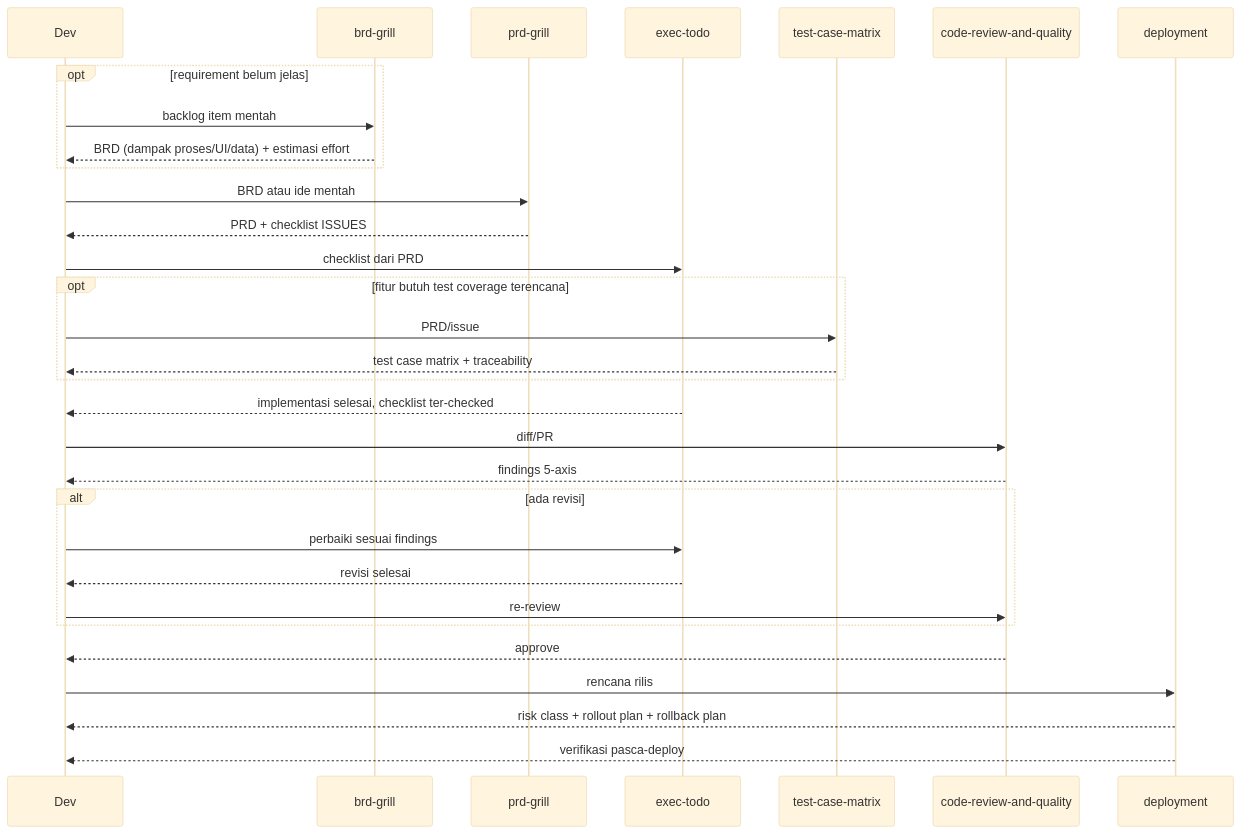
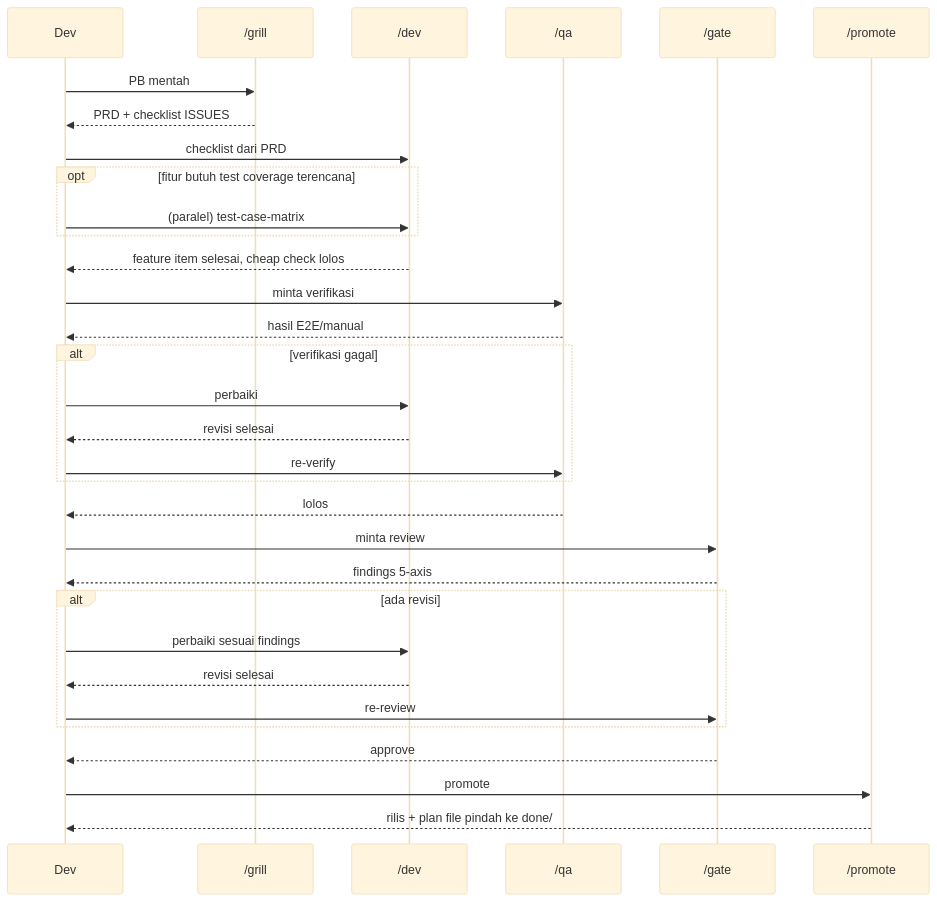
The second of 2 diagrams in guides/new-feature-flow.md (knittotextile/knitto-agent-skills), drawn with Mermaid (base theme) before and after one commit. The commit also changed other lines of this file and 29 other files, not shown here.

First line of the commit message:
Add DEFINE->SHIP pipeline commands (/grill /dev /qa /gate /promote)

````diff
--- a/guides/new-feature-flow.md
+++ b/guides/new-feature-flow.md
@@ -48,34 +69,35 @@
 ```mermaid
 sequenceDiagram
     participant Dev
-    participant BRD as brd-grill
-    participant PRD as prd-grill
-    participant Exec as exec-todo
-    participant TCM as test-case-matrix
-    participant Rev as code-review-and-quality
-    participant Dep as deployment
+    participant Grill as /grill
+    participant Build as /dev
+    participant QA as /qa
+    participant Gate as /gate
+    participant Ship as /promote
 
-    opt requirement belum jelas
-        Dev->>BRD: backlog item mentah
-        BRD-->>Dev: BRD (dampak proses/UI/data) + estimasi effort
+    Dev->>Grill: PB mentah
+    Grill-->>Dev: PRD + checklist ISSUES
+    Dev->>Build: checklist dari PRD
+    opt fitur butuh test coverage terencana
+        Dev->>Build: (paralel) test-case-matrix
     end
-    Dev->>PRD: BRD atau ide mentah
-    PRD-->>Dev: PRD + checklist ISSUES
-    Dev->>Exec: checklist dari PRD
-    opt fitur butuh test coverage terencana
-        Dev->>TCM: PRD/issue
-        TCM-->>Dev: test case matrix + traceability
+    Build-->>Dev: feature item selesai, cheap check lolos
+    Dev->>QA: minta verifikasi
+    QA-->>Dev: hasil E2E/manual
+    alt verifikasi gagal
+        Dev->>Build: perbaiki
+        Build-->>Dev: revisi selesai
+        Dev->>QA: re-verify
     end
-    Exec-->>Dev: implementasi selesai, checklist ter-checked
-    Dev->>Rev: diff/PR
-    Rev-->>Dev: findings 5-axis
+    QA-->>Dev: lolos
+    Dev->>Gate: minta review
+    Gate-->>Dev: findings 5-axis
     alt ada revisi
-        Dev->>Exec: perbaiki sesuai findings
-        Exec-->>Dev: revisi selesai
-        Dev->>Rev: re-review
+        Dev->>Build: perbaiki sesuai findings
+        Build-->>Dev: revisi selesai
+        Dev->>Gate: re-review
     end
-    Rev-->>Dev: approve
-    Dev->>Dep: rencana rilis
-    Dep-->>Dev: risk class + rollout plan + rollback plan
-    Dep-->>Dev: verifikasi pasca-deploy
+    Gate-->>Dev: approve
+    Dev->>Ship: promote
+    Ship-->>Dev: rilis + plan file pindah ke done/
 ```
````
